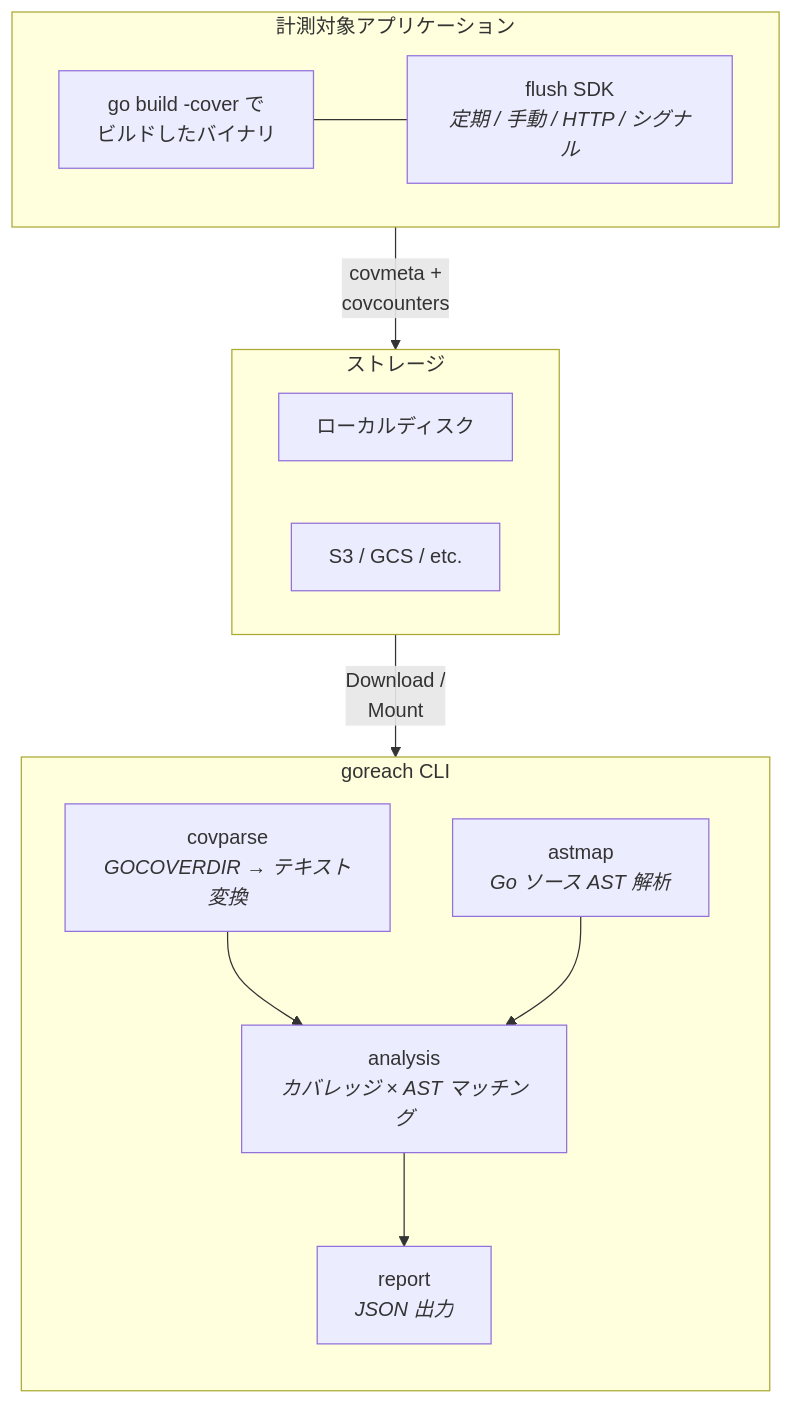
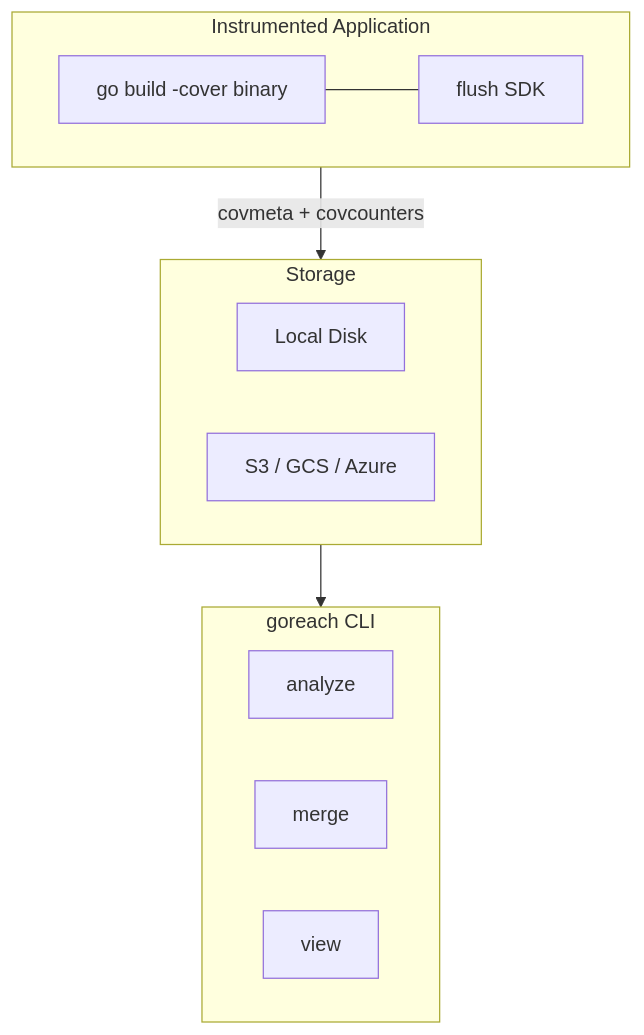
The diagram in README.md (yag13s/goreach), drawn with Mermaid before and after one commit. The commit also changed other lines of this file, not shown here.

````diff
--- a/README.md
+++ b/README.md
@@ -9,29 +174,22 @@
 ```mermaid
 flowchart TB
-    subgraph App["計測対象アプリケーション"]
-        direction LR
-        BIN["go build -cover で<br/>ビルドしたバイナリ"]
-        SDK["flush SDK<br/><i>定期 / 手動 / HTTP / シグナル</i>"]
+    subgraph App["Instrumented Application"]
+        BIN["go build -cover binary"]
+        SDK["flush SDK"]
         BIN --- SDK
     end
 
-    subgraph Storage["ストレージ"]
-        direction LR
-        LOCAL["ローカルディスク"]
-        S3["S3 / GCS / etc."]
+    subgraph Store["Storage"]
+        LOCAL["Local Disk"]
+        REMOTE["S3 / GCS / Azure"]
     end
 
     subgraph CLI["goreach CLI"]
-        direction TB
-        COVPARSE["covparse<br/><i>GOCOVERDIR → テキスト変換</i>"]
-        AST["astmap<br/><i>Go ソース AST 解析</i>"]
-        ANALYSIS["analysis<br/><i>カバレッジ × AST マッチング</i>"]
-        REPORT["report<br/><i>JSON 出力</i>"]
-        COVPARSE --> ANALYSIS
-        AST --> ANALYSIS
-        ANALYSIS --> REPORT
+        ANALYZE["analyze"]
+        MERGE["merge"]
+        VIEW["view"]
     end
 
-    App -- "covmeta +<br/>covcounters" --> Storage
-    Storage -- "Download /<br/>Mount" --> CLI
+    App -- "covmeta + covcounters" --> Store
+    Store --> CLI
 ```
````
